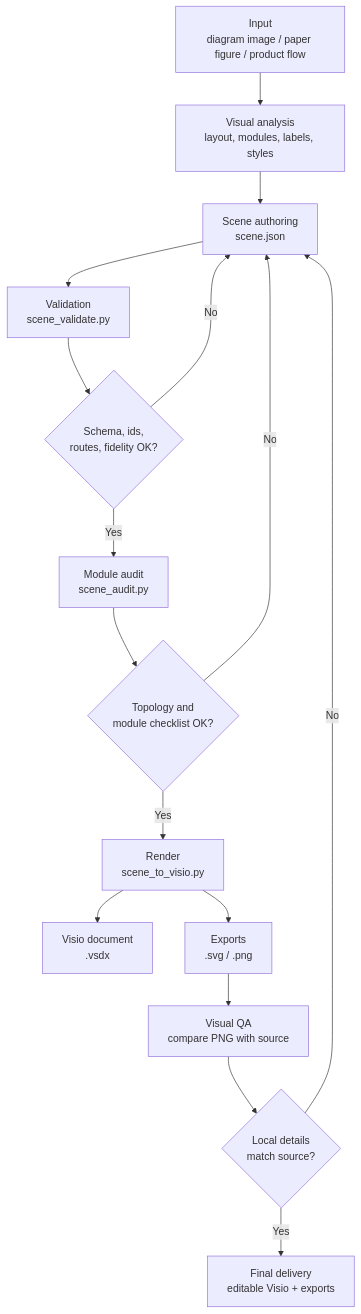
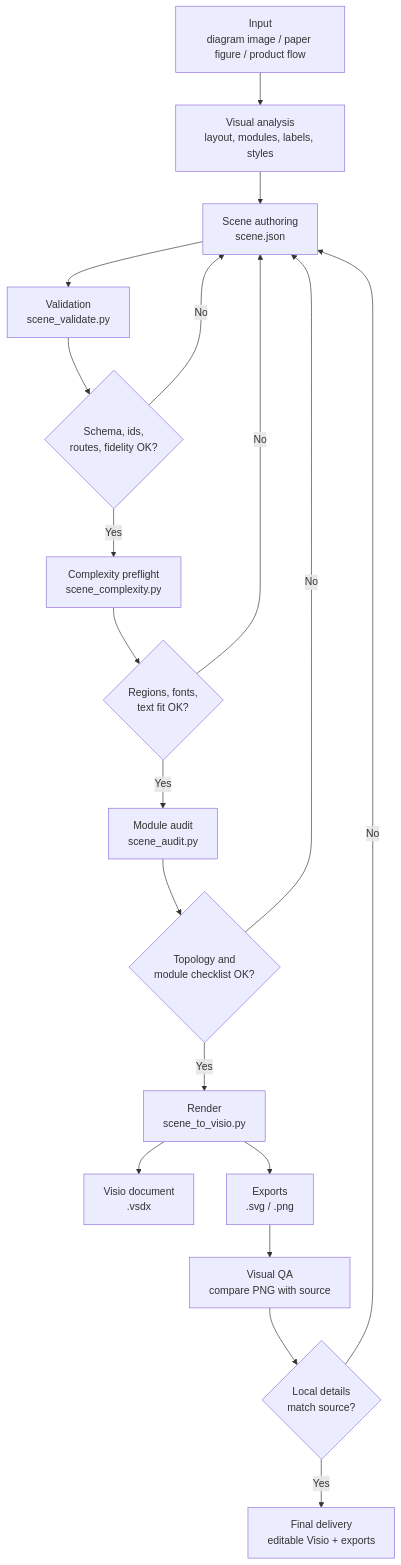
One commit to symyyds/Fig4Visio changed the first of 4 diagrams in docs/workflow.md. Above: the diagram before and after it, drawn with Mermaid. The commit also changed other lines of this file and 30 other files, not shown here.

````diff
--- a/docs/workflow.md
+++ b/docs/workflow.md
@@ -7,18 +7,21 @@
 ```mermaid
 flowchart TD
   A["Input<br/>diagram image / paper figure / product flow"] --> B["Visual analysis<br/>layout, modules, labels, styles"]
   B --> C["Scene authoring<br/>scene.json"]
   C --> D["Validation<br/>scene_validate.py"]
   D --> E{"Schema, ids,<br/>routes, fidelity OK?"}
   E -- "No" --> C
-  E -- "Yes" --> F["Module audit<br/>scene_audit.py"]
-  F --> G{"Topology and<br/>module checklist OK?"}
+  E -- "Yes" --> F["Complexity preflight<br/>scene_complexity.py"]
+  F --> G{"Regions, fonts,<br/>text fit OK?"}
   G -- "No" --> C
-  G -- "Yes" --> H["Render<br/>scene_to_visio.py"]
-  H --> I["Visio document<br/>.vsdx"]
-  H --> J["Exports<br/>.svg / .png"]
-  J --> K["Visual QA<br/>compare PNG with source"]
-  K --> L{"Local details<br/>match source?"}
-  L -- "No" --> C
-  L -- "Yes" --> M["Final delivery<br/>editable Visio + exports"]
+  G -- "Yes" --> H["Module audit<br/>scene_audit.py"]
+  H --> I{"Topology and<br/>module checklist OK?"}
+  I -- "No" --> C
+  I -- "Yes" --> J["Render<br/>scene_to_visio.py"]
+  J --> K["Visio document<br/>.vsdx"]
+  J --> L["Exports<br/>.svg / .png"]
+  L --> M["Visual QA<br/>compare PNG with source"]
+  M --> N{"Local details<br/>match source?"}
+  N -- "No" --> C
+  N -- "Yes" --> O["Final delivery<br/>editable Visio + exports"]
 ```
````
